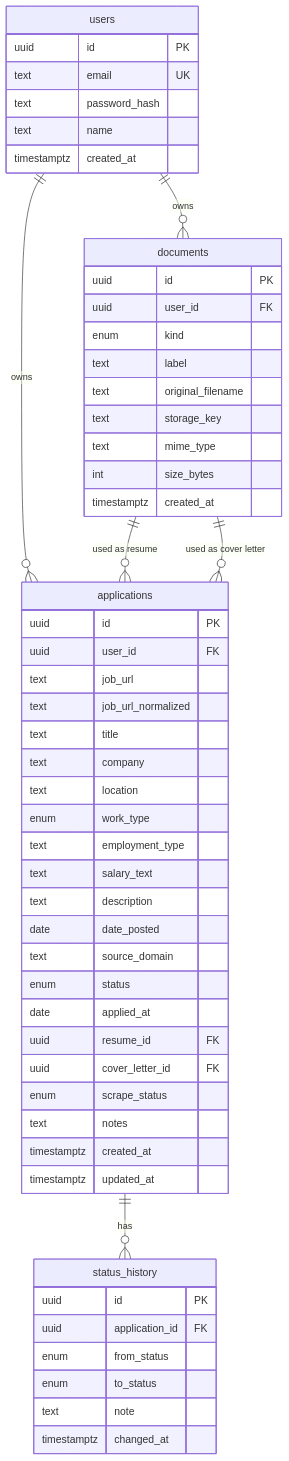
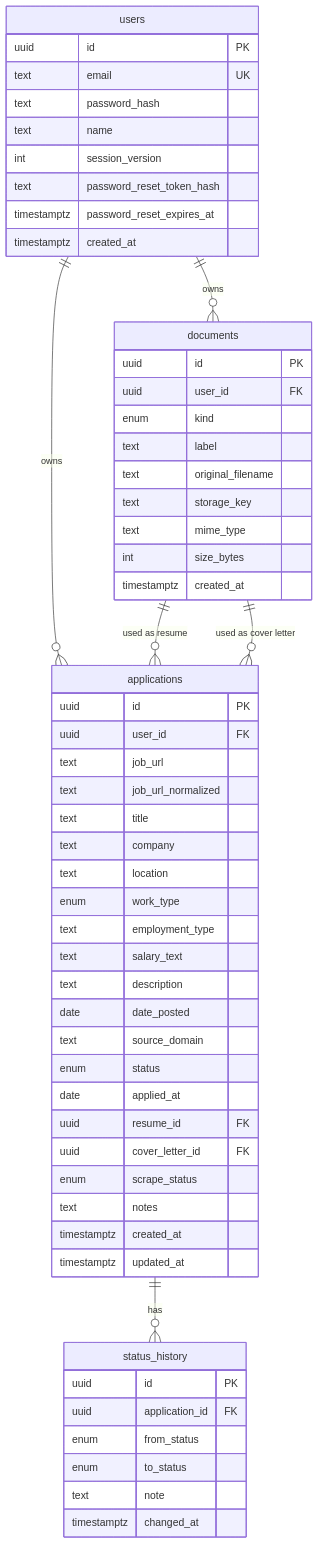
Before and after one commit to aarusa/jobtracker: the diagram in docs/DATA_MODEL.md, drawn with Mermaid. The commit also changed other lines of this file and 14 other files, not shown here.

````diff
--- a/docs/DATA_MODEL.md
+++ b/docs/DATA_MODEL.md
@@ -8,58 +8,61 @@
 ```mermaid
 erDiagram
     users ||--o{ applications : owns
     users ||--o{ documents : owns
     applications ||--o{ status_history : has
     documents ||--o{ applications : "used as resume"
     documents ||--o{ applications : "used as cover letter"
 
     users {
         uuid id PK
         text email UK
         text password_hash
         text name
+        int session_version
+        text password_reset_token_hash
+        timestamptz password_reset_expires_at
         timestamptz created_at
     }
     documents {
         uuid id PK
         uuid user_id FK
         enum kind
         text label
         text original_filename
         text storage_key
         text mime_type
         int size_bytes
         timestamptz created_at
     }
     applications {
         uuid id PK
         uuid user_id FK
         text job_url
         text job_url_normalized
         text title
         text company
         text location
         enum work_type
         text employment_type
         text salary_text
         text description
         date date_posted
         text source_domain
         enum status
         date applied_at
         uuid resume_id FK
         uuid cover_letter_id FK
         enum scrape_status
         text notes
         timestamptz created_at
         timestamptz updated_at
     }
     status_history {
         uuid id PK
         uuid application_id FK
         enum from_status
         enum to_status
         text note
         timestamptz changed_at
     }
 ```
````
